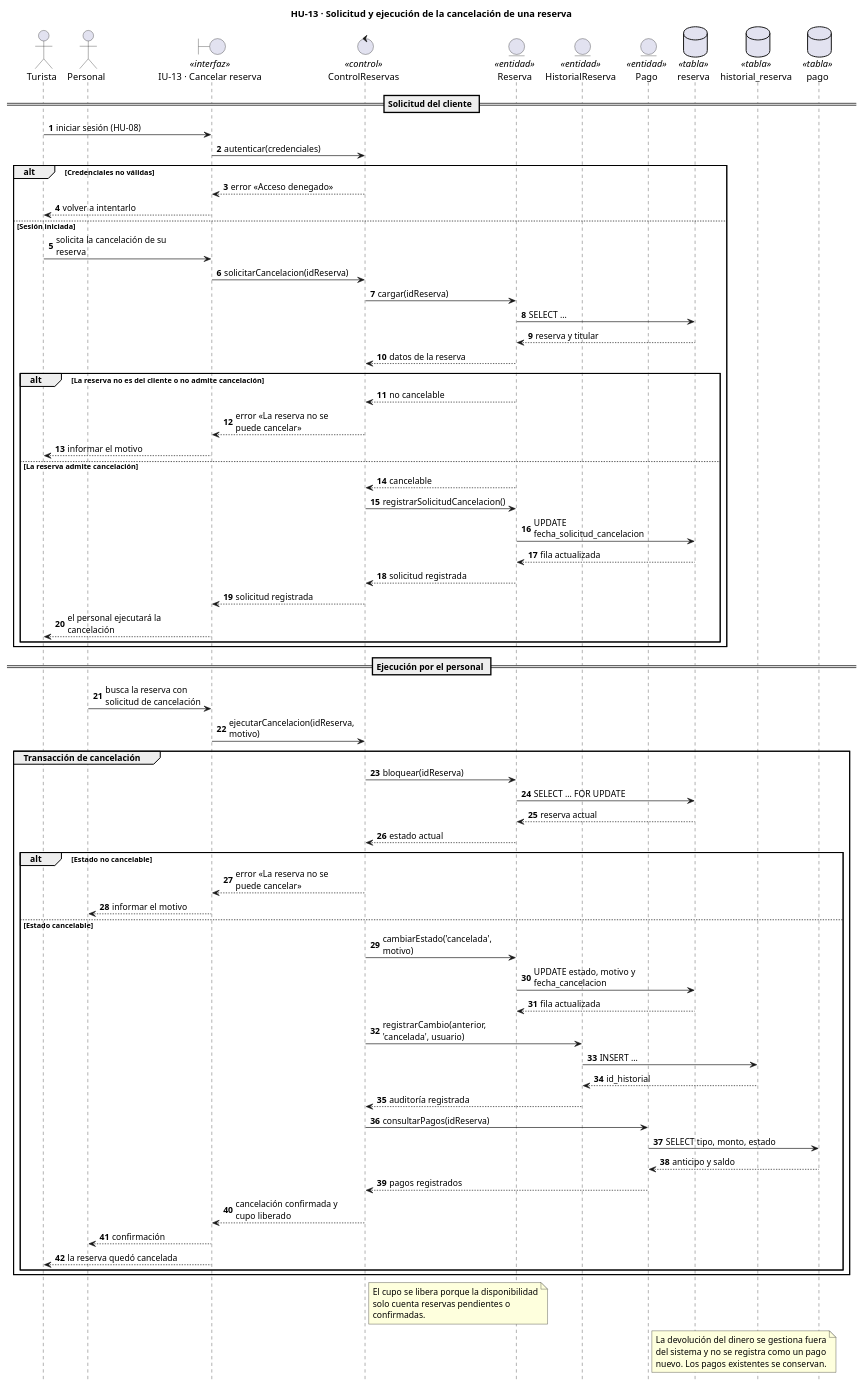
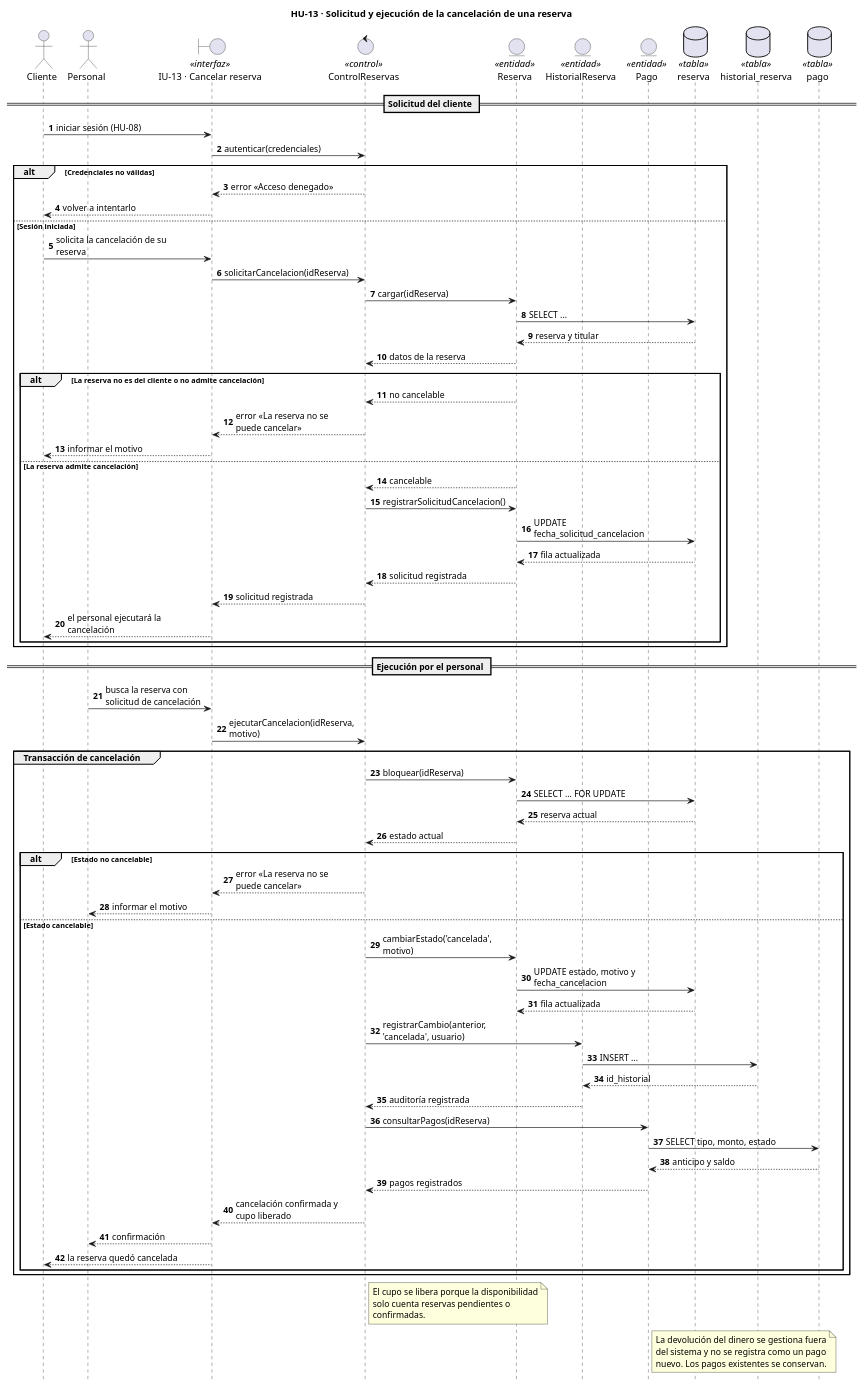
Before and after one commit to fervflow/sis-inf3-proyecto-formativo: the diagram in sistema/diagramas/uml/secuencia/hu-13-cancelar-reserva.puml, drawn with PlantUML. The commit also changed 68 other files, not shown here.

```diff
--- a/sistema/diagramas/uml/secuencia/hu-13-cancelar-reserva.puml
+++ b/sistema/diagramas/uml/secuencia/hu-13-cancelar-reserva.puml
@@ -1,94 +1,94 @@
 @startuml
 title HU-13 · Solicitud y ejecución de la cancelación de una reserva
 ' El cliente solicita la cancelación y el personal la ejecuta. El estado
 ' de la reserva no cambia por la sola solicitud.
 hide footbox
 autonumber
 skinparam maxMessageSize 175
 
-actor "Turista" as TUR
+actor "Cliente" as TUR
 actor "Personal" as PER
 boundary "IU-13 · Cancelar reserva" as UI <<interfaz>>
 control "ControlReservas" as CTRL <<control>>
 entity "Reserva" as E_RESERVA <<entidad>>
 entity "HistorialReserva" as E_HISTORIAL <<entidad>>
 entity "Pago" as E_PAGO <<entidad>>
 database "reserva" as T_RESERVA <<tabla>>
 database "historial_reserva" as T_HISTORIAL <<tabla>>
 database "pago" as T_PAGO <<tabla>>
 
 == Solicitud del cliente ==
 TUR -> UI : iniciar sesión (HU-08)
 UI -> CTRL : autenticar(credenciales)
 
 alt Credenciales no válidas
     CTRL --> UI : error «Acceso denegado»
     UI --> TUR : volver a intentarlo
 else Sesión iniciada
     TUR -> UI : solicita la cancelación de su reserva
     UI -> CTRL : solicitarCancelacion(idReserva)
     CTRL -> E_RESERVA : cargar(idReserva)
     E_RESERVA -> T_RESERVA : SELECT ...
     T_RESERVA --> E_RESERVA : reserva y titular
     E_RESERVA --> CTRL : datos de la reserva
 
     alt La reserva no es del cliente o no admite cancelación
         E_RESERVA --> CTRL : no cancelable
         CTRL --> UI : error «La reserva no se puede cancelar»
         UI --> TUR : informar el motivo
     else La reserva admite cancelación
         E_RESERVA --> CTRL : cancelable
         CTRL -> E_RESERVA : registrarSolicitudCancelacion()
         E_RESERVA -> T_RESERVA : UPDATE fecha_solicitud_cancelacion
         T_RESERVA --> E_RESERVA : fila actualizada
         E_RESERVA --> CTRL : solicitud registrada
         CTRL --> UI : solicitud registrada
         UI --> TUR : el personal ejecutará la cancelación
     end
 end
 
 == Ejecución por el personal ==
 PER -> UI : busca la reserva con solicitud de cancelación
 UI -> CTRL : ejecutarCancelacion(idReserva, motivo)
 
 group Transacción de cancelación
     CTRL -> E_RESERVA : bloquear(idReserva)
     E_RESERVA -> T_RESERVA : SELECT ... FOR UPDATE
     T_RESERVA --> E_RESERVA : reserva actual
     E_RESERVA --> CTRL : estado actual
 
     alt Estado no cancelable
         CTRL --> UI : error «La reserva no se puede cancelar»
         UI --> PER : informar el motivo
     else Estado cancelable
         CTRL -> E_RESERVA : cambiarEstado('cancelada', motivo)
         E_RESERVA -> T_RESERVA : UPDATE estado, motivo y fecha_cancelacion
         T_RESERVA --> E_RESERVA : fila actualizada
         CTRL -> E_HISTORIAL : registrarCambio(anterior, 'cancelada', usuario)
         E_HISTORIAL -> T_HISTORIAL : INSERT ...
         T_HISTORIAL --> E_HISTORIAL : id_historial
         E_HISTORIAL --> CTRL : auditoría registrada
 
         CTRL -> E_PAGO : consultarPagos(idReserva)
         E_PAGO -> T_PAGO : SELECT tipo, monto, estado
         T_PAGO --> E_PAGO : anticipo y saldo
         E_PAGO --> CTRL : pagos registrados
 
         CTRL --> UI : cancelación confirmada y cupo liberado
         UI --> PER : confirmación
         UI --> TUR : la reserva quedó cancelada
     end
 end
 
 note right of CTRL
     El cupo se libera porque la disponibilidad
     solo cuenta reservas pendientes o
     confirmadas.
 end note
 
 note right of E_PAGO
     La devolución del dinero se gestiona fuera
     del sistema y no se registra como un pago
     nuevo. Los pagos existentes se conservan.
 end note
 @enduml
```
